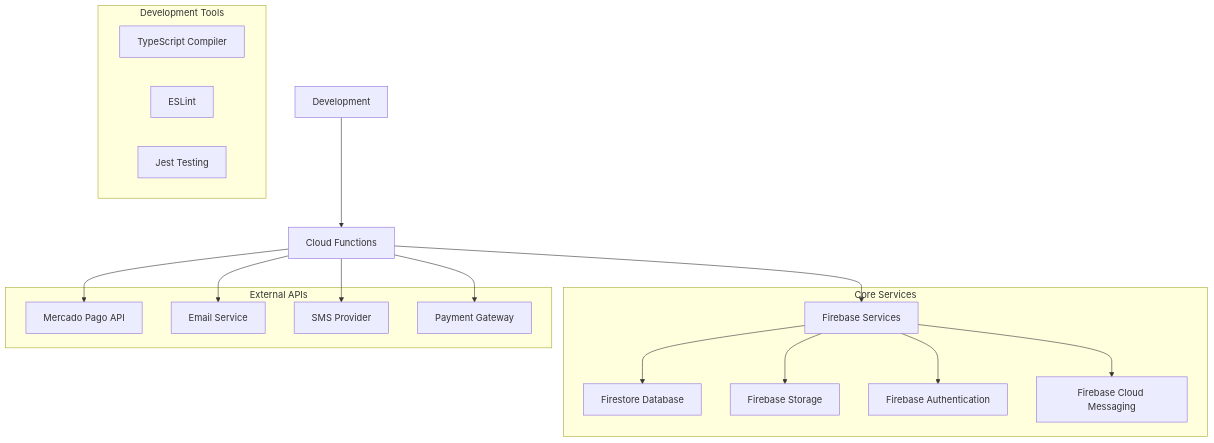
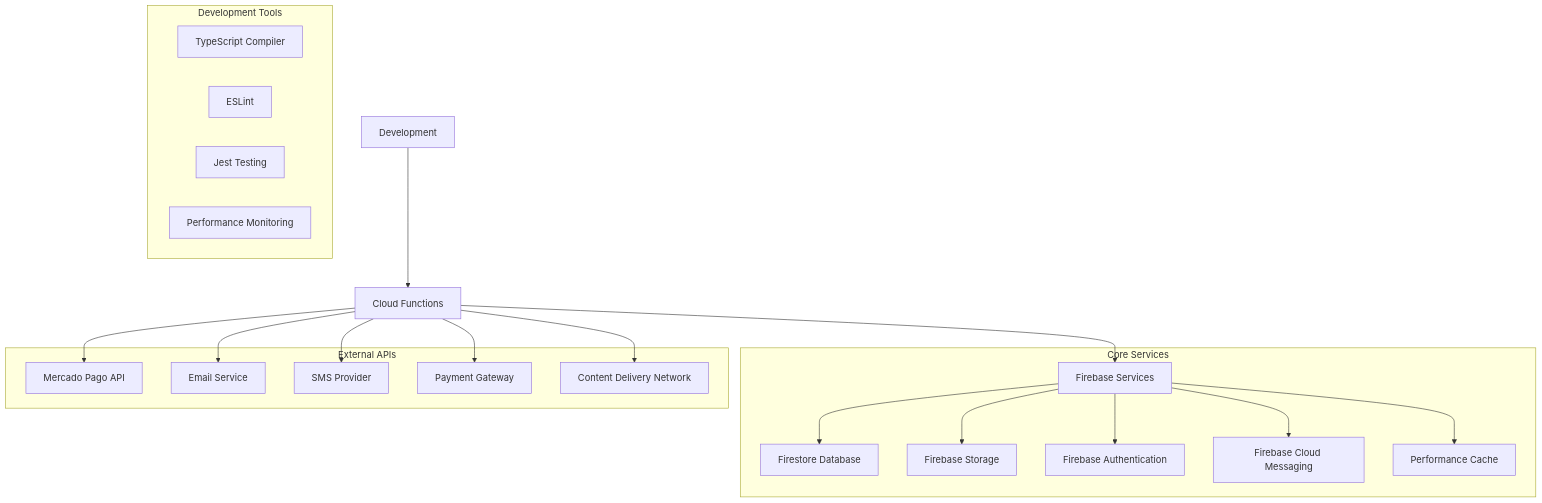
Diagram 13 of 14 in .qoder/repowiki/en/content/Cloud Functions & Backend Services/Cloud Functions & Backend Services.md (raihom-netizen/com.gestaoyahwehios.app), drawn with Mermaid before and after one commit. The commit also changed other lines of this file and 504 other files, not shown here.

````diff
--- a/.qoder/repowiki/en/content/Cloud Functions & Backend Services/Cloud Functions & Backend Services.md
+++ b/.qoder/repowiki/en/content/Cloud Functions & Backend Services/Cloud Functions & Backend Services.md
@@ -328,31 +551,36 @@
 ```mermaid
 graph TB
 subgraph "Core Services"
 Firebase["Firebase Services"]
 Firestore["Firestore Database"]
 Storage["Firebase Storage"]
 Auth["Firebase Authentication"]
 FCM["Firebase Cloud Messaging"]
+Cache["Performance Cache"]
 end
 subgraph "External APIs"
 MercadoPago["Mercado Pago API"]
 EmailService["Email Service"]
 SMSProvider["SMS Provider"]
 PaymentGateway["Payment Gateway"]
+CDN["Content Delivery Network"]
 end
 subgraph "Development Tools"
 TypeScript["TypeScript Compiler"]
 ESLint["ESLint"]
 Jest["Jest Testing"]
+PerformanceTools["Performance Monitoring"]
 end
 Firebase --> Firestore
 Firebase --> Storage
 Firebase --> Auth
 Firebase --> FCM
+Firebase --> Cache
 Functions["Cloud Functions"] --> Firebase
 Functions --> MercadoPago
 Functions --> EmailService
 Functions --> SMSProvider
 Functions --> PaymentGateway
+Functions --> CDN
 Development --> Functions
 ```
````
